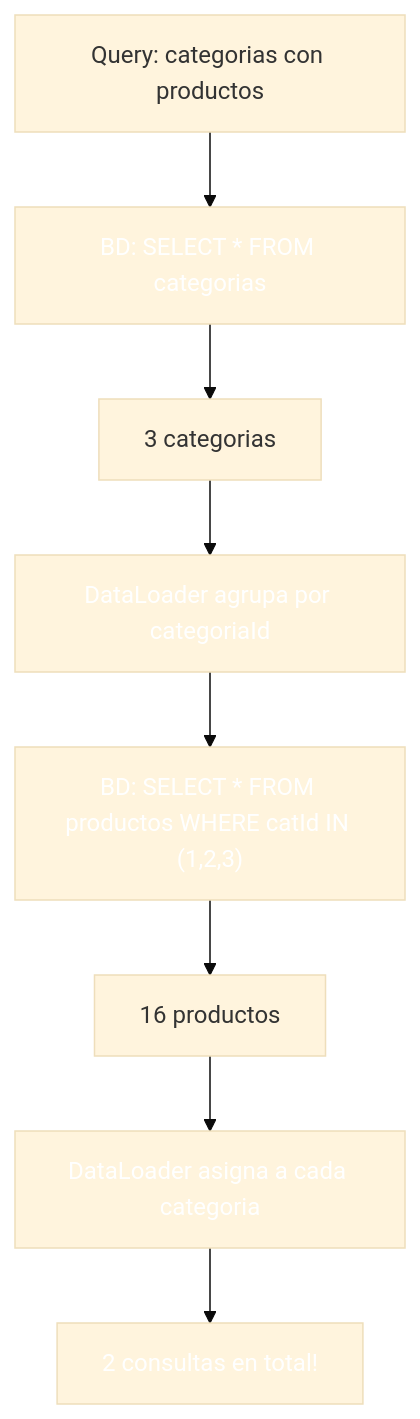
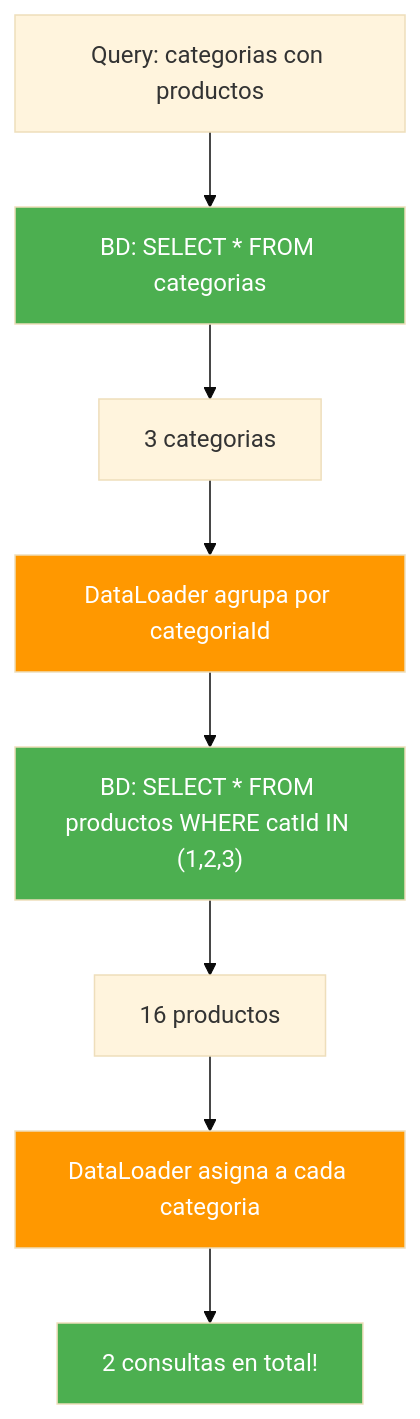
One commit to joseluisgs/DesarrolloWebEntornosServidor-02-2026-2027 changed the ninth of 10 diagrams in 19-graphql.md. Above: the diagram before and after it, drawn with Mermaid (base theme). The commit also changed other lines of this file and 29 other files, not shown here.

Commit message:
docs: corregir estilos Mermaid y estilo, quitar referencias a la Tienda y reestructurar los retos 13 y 15

````diff
--- a/19-graphql.md
+++ b/19-graphql.md
@@ -905,19 +905,19 @@
 ```mermaid
 graph TD
     Q["Query: categorias con productos"] --> S1["BD: SELECT * FROM categorias"]
     S1 --> C["3 categorias"]
 
     C --> DL["DataLoader agrupa por categoriaId"]
 
     DL --> S2["BD: SELECT * FROM productos WHERE catId IN (1,2,3)"]
     S2 --> P["16 productos"]
 
     P --> DL2["DataLoader asigna a cada categoria"]
     DL2 --> R["2 consultas en total!"]
 
-    style S1 fill:#4CAF5,color:#fff0,color:#fff
-    style DL fill:#FF980,color:#fff0,color:#fff
-    style S2 fill:#4CAF5,color:#fff0,color:#fff
-    style DL2 fill:#FF980,color:#fff0,color:#fff
-    style R fill:#4CAF5,color:#fff0,color:#fff
+    style S1 fill:#4CAF50,color:#fff
+    style DL fill:#FF9800,color:#fff
+    style S2 fill:#4CAF50,color:#fff
+    style DL2 fill:#FF9800,color:#fff
+    style R fill:#4CAF50,color:#fff
 ```
````
